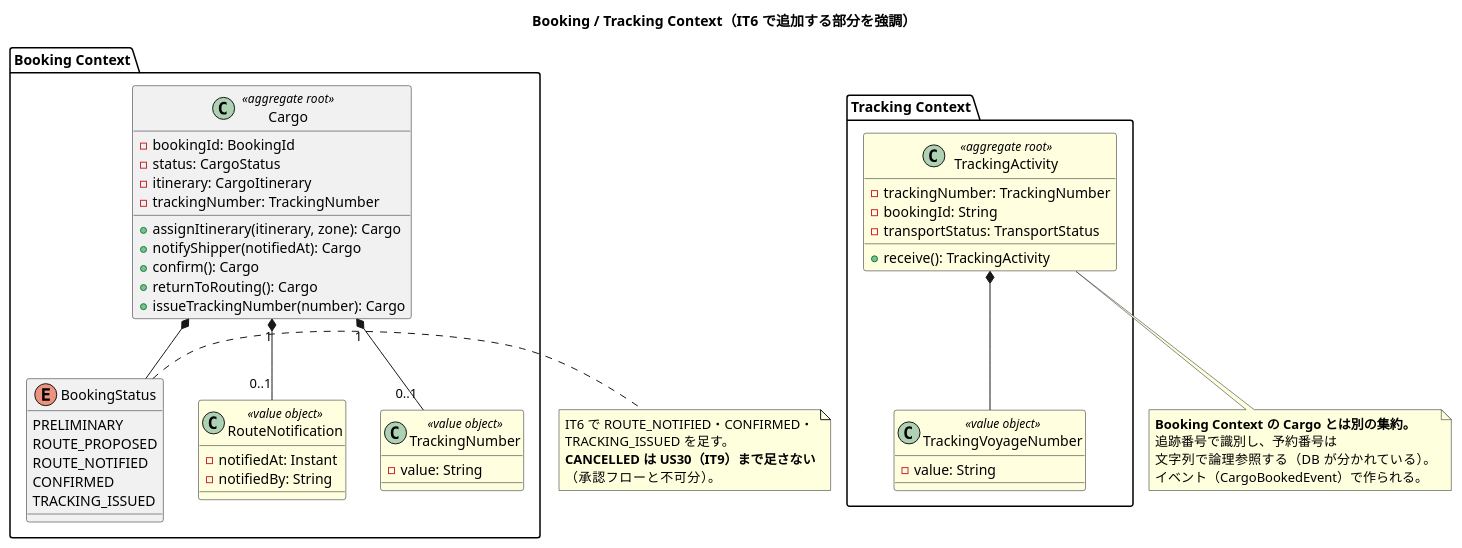
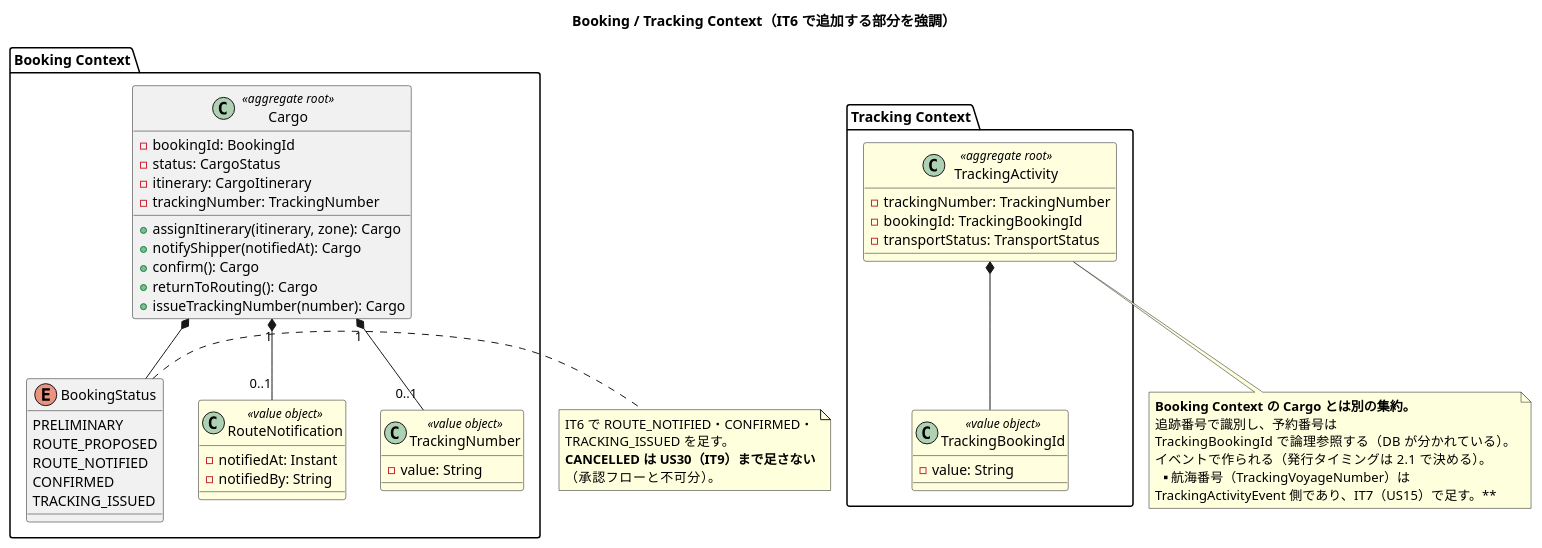
One commit to k2works/case-study-cargo-tracker changed the first of 4 diagrams in docs/development/iteration_plan-6.md. Above: the diagram before and after it, drawn with PlantUML. The commit also changed other lines of this file, not shown here.

````diff
--- a/docs/development/iteration_plan-6.md
+++ b/docs/development/iteration_plan-6.md
@@ -110,68 +114,69 @@
 ```plantuml
 @startuml
 title Booking / Tracking Context（IT6 で追加する部分を強調）
 
 package "Booking Context" {
   class Cargo <<aggregate root>> {
     -bookingId: BookingId
     -status: CargoStatus
     -itinerary: CargoItinerary
     -trackingNumber: TrackingNumber
     +assignItinerary(itinerary, zone): Cargo
     +notifyShipper(notifiedAt): Cargo
     +confirm(): Cargo
     +returnToRouting(): Cargo
     +issueTrackingNumber(number): Cargo
   }
 
   class RouteNotification <<value object>> #LightYellow {
     -notifiedAt: Instant
     -notifiedBy: String
   }
 
   class TrackingNumber <<value object>> #LightYellow {
     -value: String
   }
 
   enum BookingStatus {
     PRELIMINARY
     ROUTE_PROPOSED
     ROUTE_NOTIFIED
     CONFIRMED
     TRACKING_ISSUED
   }
 }
 
 package "Tracking Context" {
   class TrackingActivity <<aggregate root>> #LightYellow {
     -trackingNumber: TrackingNumber
-    -bookingId: String
+    -bookingId: TrackingBookingId
     -transportStatus: TransportStatus
-    +receive(): TrackingActivity
   }
 
-  class TrackingVoyageNumber <<value object>> #LightYellow {
+  class TrackingBookingId <<value object>> #LightYellow {
     -value: String
   }
 }
 
 Cargo *-- BookingStatus
 Cargo "1" *-- "0..1" RouteNotification
 Cargo "1" *-- "0..1" TrackingNumber
-TrackingActivity *-- TrackingVoyageNumber
+TrackingActivity *-- TrackingBookingId
 
 note bottom of TrackingActivity
   **Booking Context の Cargo とは別の集約。**
   追跡番号で識別し、予約番号は
-  文字列で論理参照する（DB が分かれている）。
-  イベント（CargoBookedEvent）で作られる。
+  TrackingBookingId で論理参照する（DB が分かれている）。
+  イベントで作られる（発行タイミングは 2.1 で決める）。
+  **航海番号（TrackingVoyageNumber）は
+  TrackingActivityEvent 側であり、IT7（US15）で足す。**
 end note
 
 note right of BookingStatus
   IT6 で ROUTE_NOTIFIED・CONFIRMED・
   TRACKING_ISSUED を足す。
   **CANCELLED は US30（IT9）まで足さない**
   （承認フローと不可分）。
 end note
 @enduml
 ```
````
